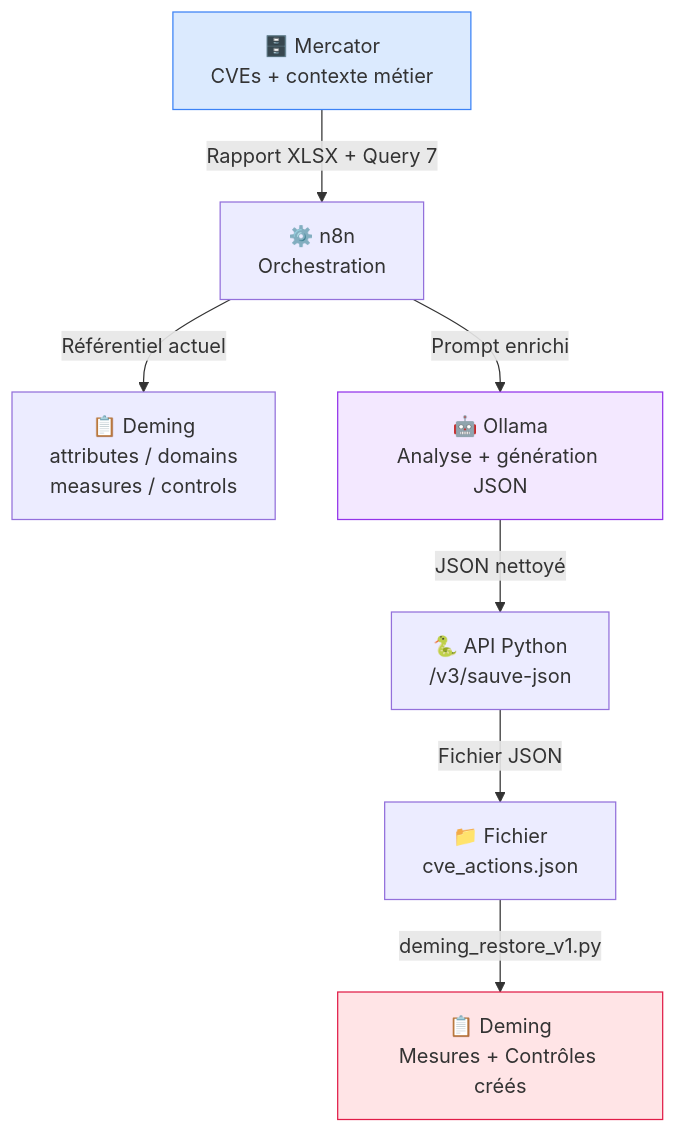
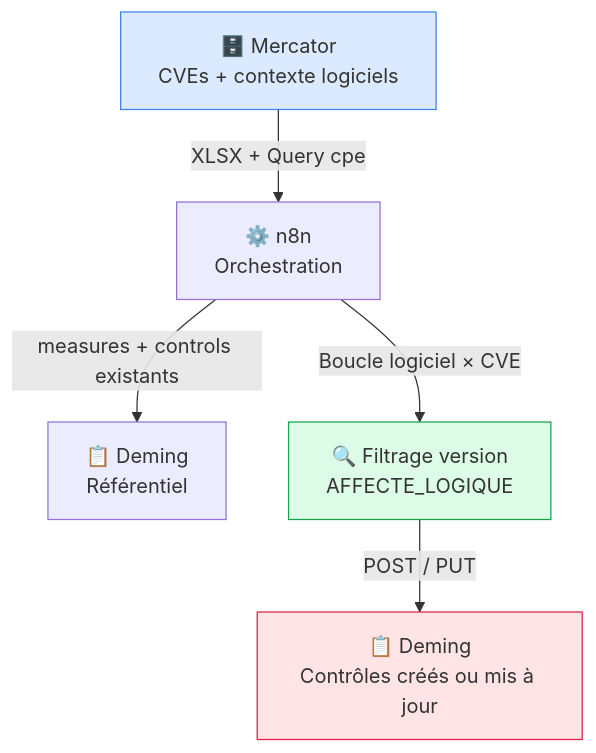
Before and after one commit to oliboub/n8n-flow-mercator-to-deming-for-cve: the fourth of 4 diagrams in README.md, drawn with Mermaid. The commit also changed other lines of this file and 2 other files, not shown here.

Commit message:
changement de stratégie sans llm et conneciton directe deming

````diff
--- a/README.md
+++ b/README.md
@@ -441,13 +360,11 @@
 ```mermaid
 flowchart TD
-    A[🗄️ Mercator\nCVEs + contexte métier] -->|Rapport XLSX + Query 7| B[⚙️ n8n\nOrchestration]
-    B -->|Référentiel actuel| C[📋 Deming\nattributes / domains\nmeasures / controls]
-    B -->|Prompt enrichi| D[🤖 Ollama\nAnalyse + génération JSON]
-    D -->|JSON nettoyé| E[🐍 API Python\n/v3/sauve-json]
-    E -->|Fichier JSON| F[📁 Fichier\ncve_actions.json]
-    F -->|deming_restore_v1.py| G[📋 Deming\nMesures + Contrôles créés]
+    A[🗄️ Mercator\nCVEs + contexte logiciels] -->|XLSX + Query cpe| B[⚙️ n8n\nOrchestration]
+    B -->|measures + controls existants| C[📋 Deming\nRéférentiel]
+    B -->|Boucle logiciel × CVE| D[🔍 Filtrage version\nAFFECTE_LOGIQUE]
+    D -->|POST / PUT| E[📋 Deming\nContrôles créés ou mis à jour]
 
     style A fill:#dbeafe,stroke:#3b82f6
-    style G fill:#ffe4e6,stroke:#e11d48
-    style D fill:#f3e8ff,stroke:#9333ea
+    style E fill:#ffe4e6,stroke:#e11d48
+    style D fill:#dcfce7,stroke:#16a34a
 ```
````
